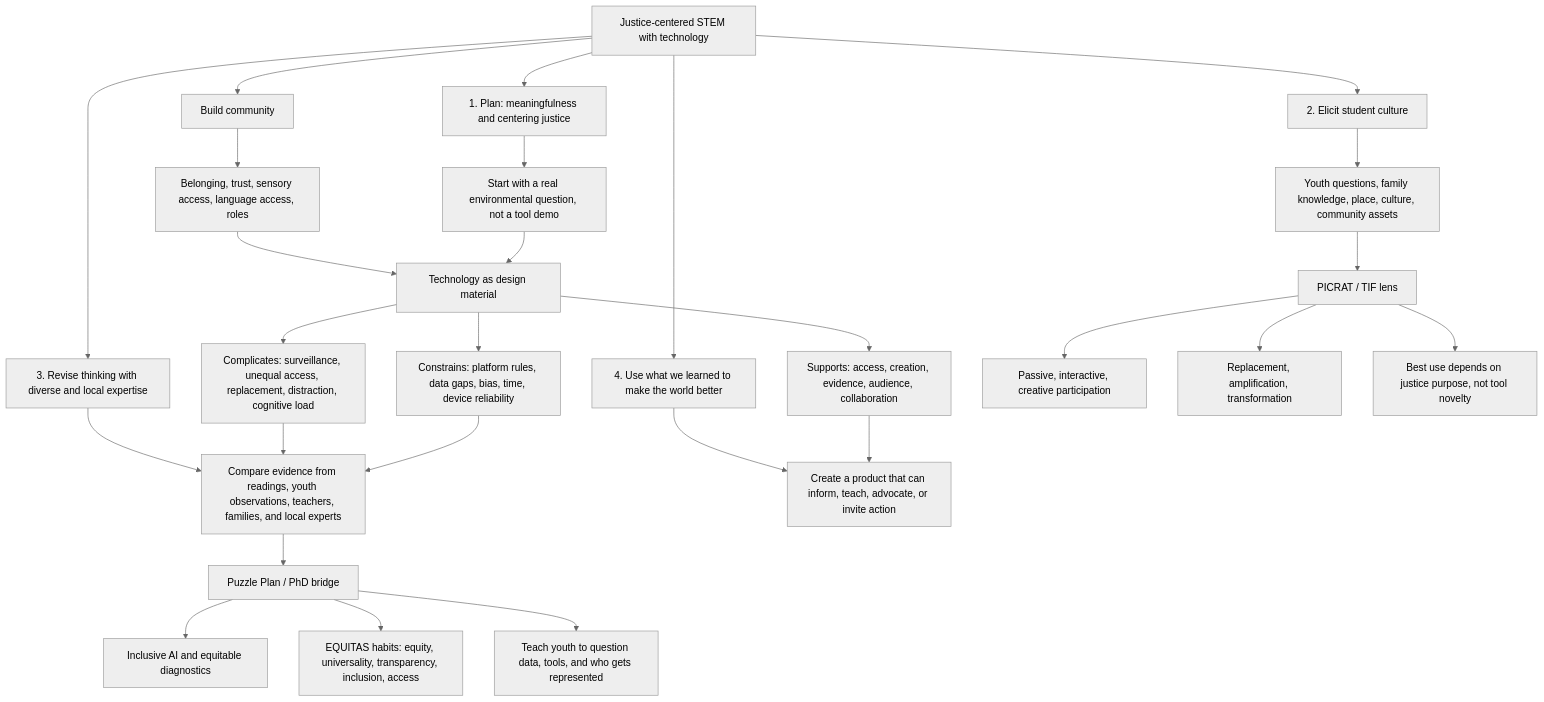
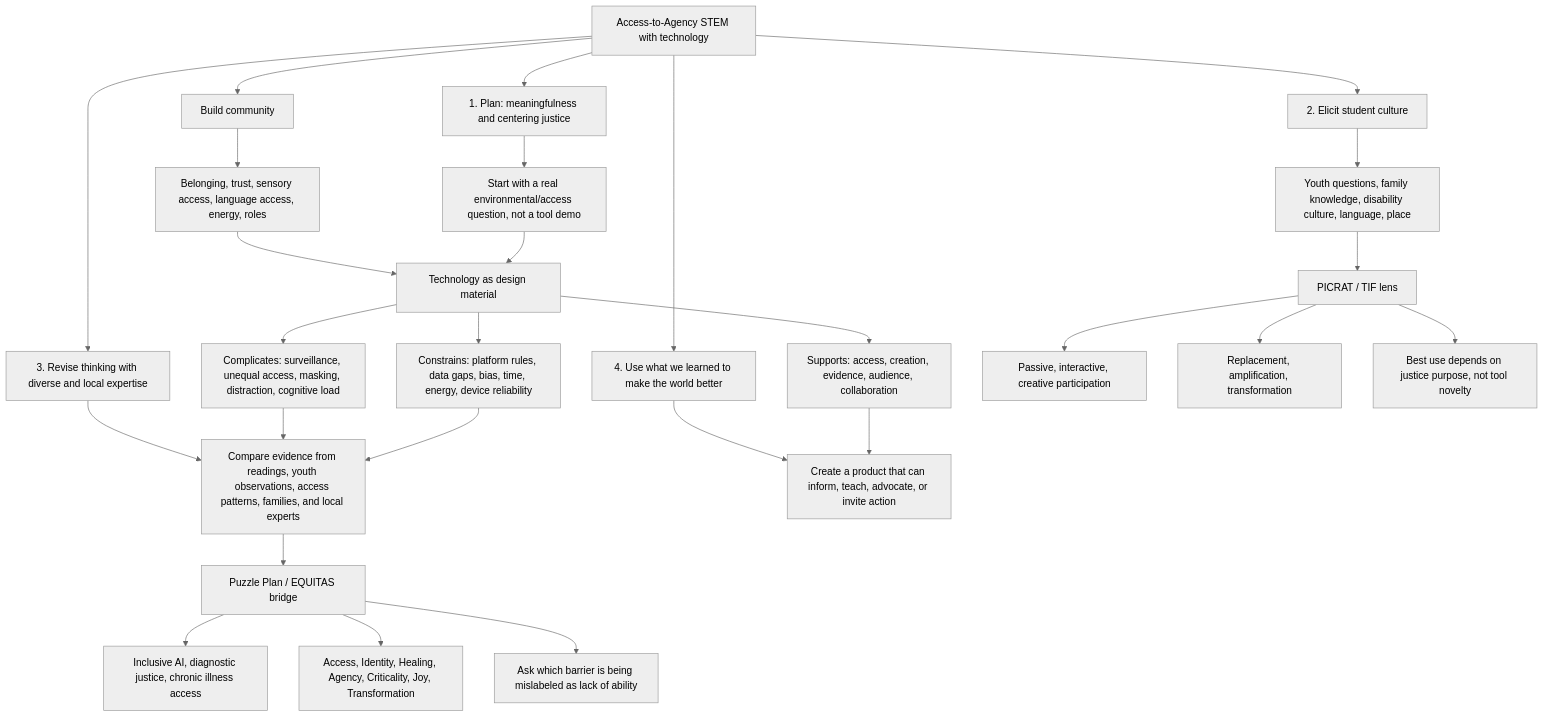
The diagram in assignments/01-grounding-frameworks/grounding-frameworks-part1.md (pzg8794/EDU486), drawn with Mermaid (neutral theme) before and after one commit. The commit also changed other lines of this file and 21 other files, not shown here.

Commit message:
Reframe course around access-to-agency STEM

````diff
--- a/assignments/01-grounding-frameworks/grounding-frameworks-part1.md
+++ b/assignments/01-grounding-frameworks/grounding-frameworks-part1.md
@@ -25,34 +25,34 @@
 ```mermaid
 flowchart TD
-    A["Justice-centered STEM with technology"] --> B["Build community"]
+    A["Access-to-Agency STEM with technology"] --> B["Build community"]
     A --> C["1. Plan: meaningfulness and centering justice"]
     A --> D["2. Elicit student culture"]
     A --> E["3. Revise thinking with diverse and local expertise"]
     A --> F["4. Use what we learned to make the world better"]
 
-    B --> B1["Belonging, trust, sensory access, language access, roles"]
-    C --> C1["Start with a real environmental question, not a tool demo"]
-    D --> D1["Youth questions, family knowledge, place, culture, community assets"]
-    E --> E1["Compare evidence from readings, youth observations, teachers, families, and local experts"]
+    B --> B1["Belonging, trust, sensory access, language access, energy, roles"]
+    C --> C1["Start with a real environmental/access question, not a tool demo"]
+    D --> D1["Youth questions, family knowledge, disability culture, language, place"]
+    E --> E1["Compare evidence from readings, youth observations, access patterns, families, and local experts"]
     F --> F1["Create a product that can inform, teach, advocate, or invite action"]
 
     T["Technology as design material"] --> T1["Supports: access, creation, evidence, audience, collaboration"]
-    T --> T2["Complicates: surveillance, unequal access, replacement, distraction, cognitive load"]
-    T --> T3["Constrains: platform rules, data gaps, bias, time, device reliability"]
+    T --> T2["Complicates: surveillance, unequal access, masking, distraction, cognitive load"]
+    T --> T3["Constrains: platform rules, data gaps, bias, time, energy, device reliability"]
 
     P["PICRAT / TIF lens"] --> P1["Passive, interactive, creative participation"]
     P --> P2["Replacement, amplification, transformation"]
     P --> P3["Best use depends on justice purpose, not tool novelty"]
 
-    Q["Puzzle Plan / PhD bridge"] --> Q1["Inclusive AI and equitable diagnostics"]
-    Q --> Q2["EQUITAS habits: equity, universality, transparency, inclusion, access"]
-    Q --> Q3["Teach youth to question data, tools, and who gets represented"]
+    Q["Puzzle Plan / EQUITAS bridge"] --> Q1["Inclusive AI, diagnostic justice, chronic illness access"]
+    Q --> Q2["Access, Identity, Healing, Agency, Criticality, Joy, Transformation"]
+    Q --> Q3["Ask which barrier is being mislabeled as lack of ability"]
 
     B1 --> T
     C1 --> T
     D1 --> P
     E1 --> Q
     T1 --> F1
     T2 --> E1
     T3 --> E1
 ```
````
